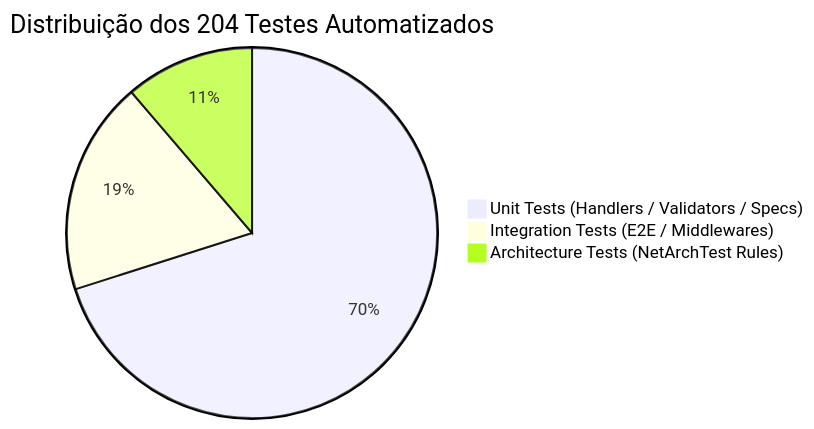
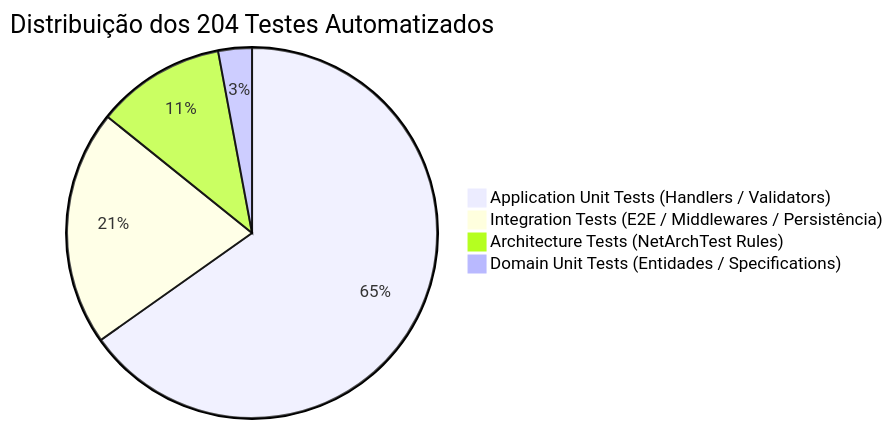
One commit to liuizn/tech-curse changed the third of 3 diagrams in README.md. Above: the diagram before and after it, drawn with Mermaid. The commit also changed other lines of this file and 6 other files, not shown here.

````diff
--- a/README.md
+++ b/README.md
@@ -263,6 +264,7 @@
 ```mermaid
 pie title Distribuição dos 204 Testes Automatizados
-    "Unit Tests (Handlers / Validators / Specs)" : 143
-    "Integration Tests (E2E / Middlewares)" : 38
+    "Application Unit Tests (Handlers / Validators)" : 133
+    "Integration Tests (E2E / Middlewares / Persistência)" : 42
     "Architecture Tests (NetArchTest Rules)" : 23
+    "Domain Unit Tests (Entidades / Specifications)" : 6
 ```
````
